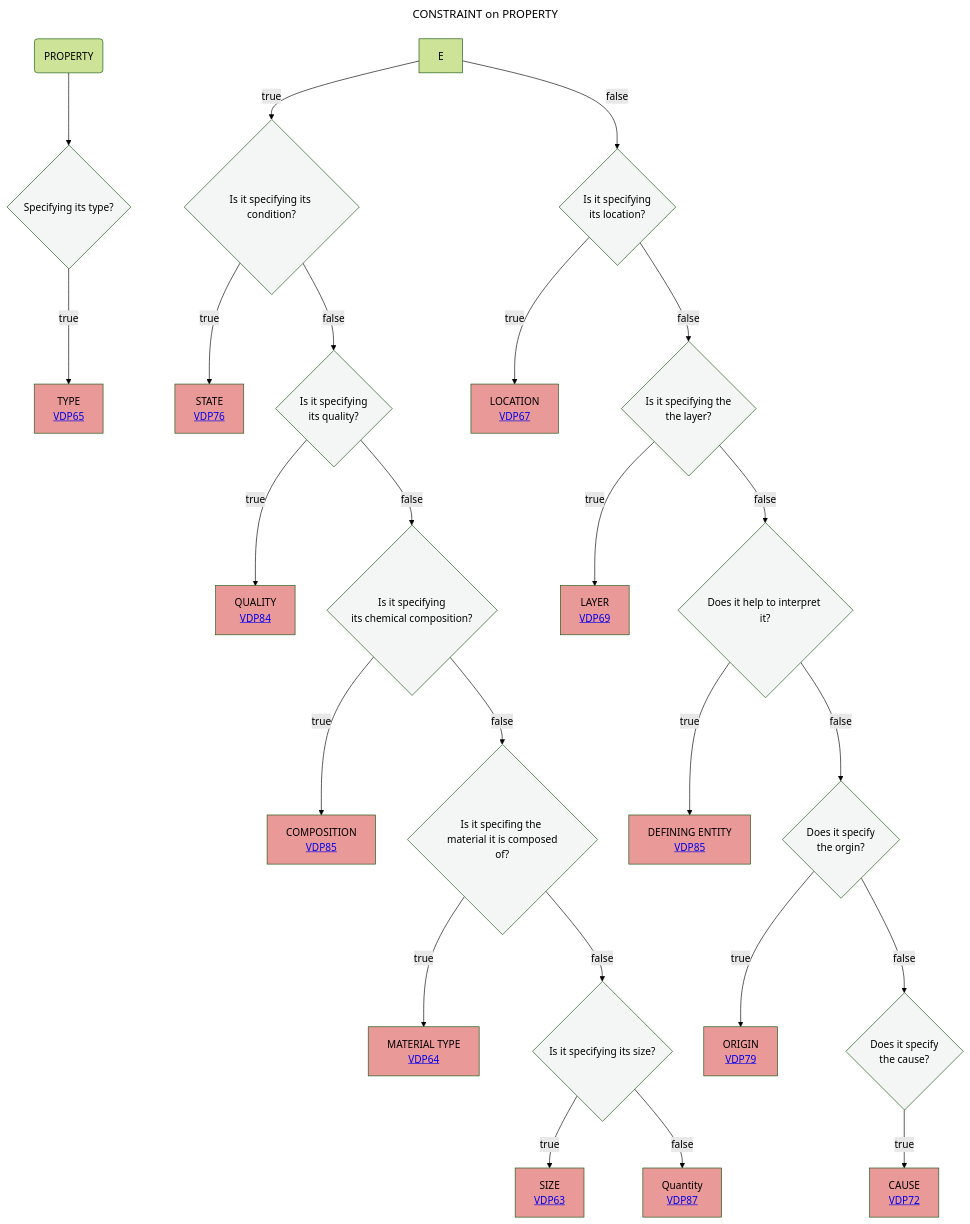
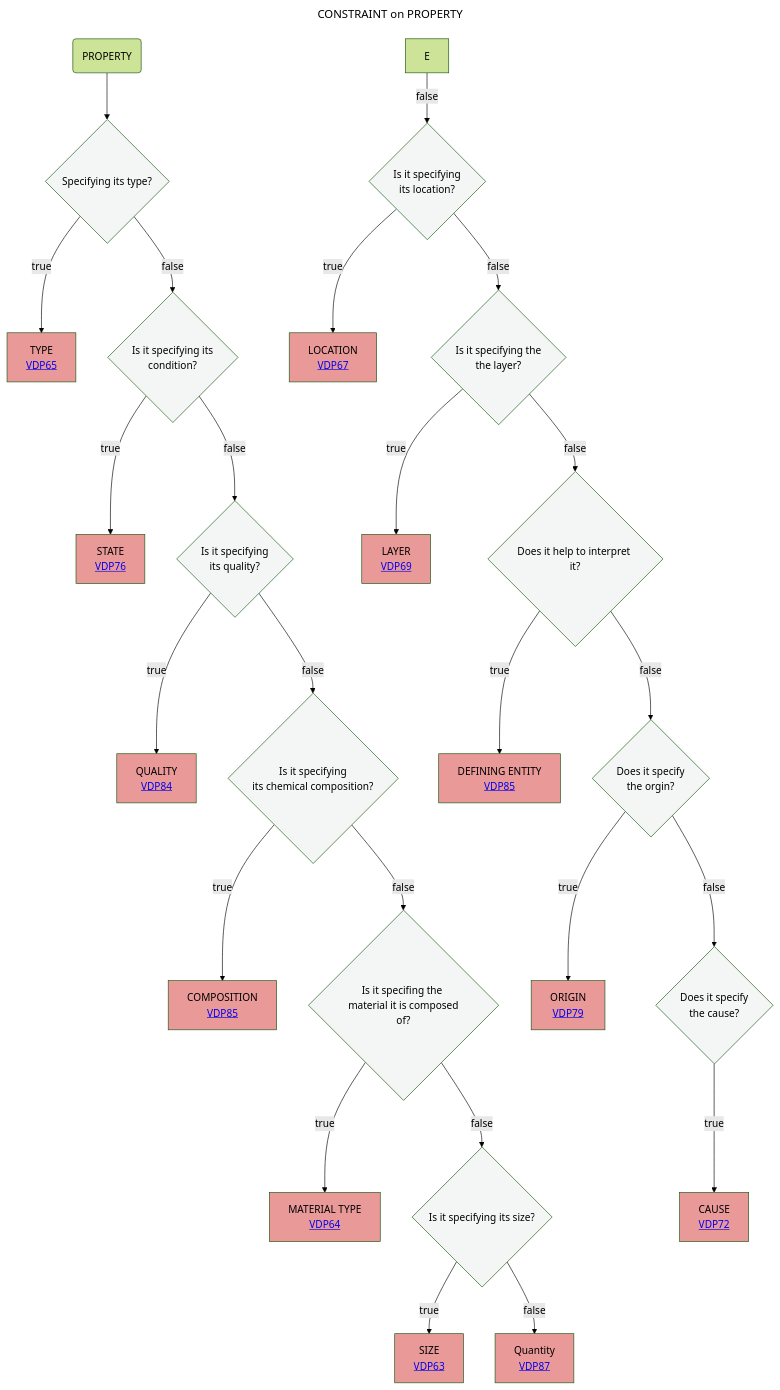
Before and after one commit to mabablue/I-ADOPT-patterns-playground: the diagram in Decisition_trees/DT9.mmd, drawn with Mermaid (forest theme).

```diff
--- a/Decisition_trees/DT9.mmd
+++ b/Decisition_trees/DT9.mmd
@@ -1,32 +1,32 @@
 ---
 title: CONSTRAINT on PROPERTY
 ---
 flowchart TD
     A(PROPERTY)  --> B{Specifying its type?}:::white
     B --> |true|C[TYPE <br> <a href='https://github.com/mabablue/I-ADOPT-patterns-playground/blob/main/pattern/VDP65.yaml'>VDP65</a>]:::rose
-    E --> |true|G{Is it specifying its condition?}:::white
+    B --> |false|G{Is it specifying its <br> condition?}:::white
     E --> |false|R{Is it specifying <br> its location?}:::white
     G --> |true|H[STATE <br> <a href='https://github.com/mabablue/I-ADOPT-patterns-playground/blob/main/pattern/VDP76.yaml'>VDP76</a>]:::rose
     G --> |false|I{Is it specifying <br> its quality?}:::white
     I --> |true|K[QUALITY <br> <a href='https://github.com/mabablue/I-ADOPT-patterns-playground/blob/main/pattern/VDP84.yaml'>VDP84</a>]:::rose
     I --> |false|L{Is it specifying <br> its chemical composition?}:::white
     L --> |true|M[COMPOSITION <br> <a href='https://github.com/mabablue/I-ADOPT-patterns-playground/blob/main/pattern/VDP85.yaml'>VDP85</a>]:::rose
     L --> |false|N{Is it specifing the <br> material it is composed of?}:::white
     N --> |true|O[MATERIAL TYPE <br> <a href='https://github.com/mabablue/I-ADOPT-patterns-playground/blob/main/pattern/VDP64.yaml'>VDP64</a>]:::rose
     N --> |false|P{Is it specifying its size?}:::white
     P --> |true|Q[SIZE <br> <a href='https://github.com/mabablue/I-ADOPT-patterns-playground/blob/main/pattern/VDP63.yaml'>VDP63</a>]:::rose
     P --> |false|QR[Quantity <br> <a href='https://github.com/mabablue/I-ADOPT-patterns-playground/blob/main/pattern/VDP87.yaml'>VDP87</a>]:::rose 
     R --> |true|S[LOCATION <br> <a href='https://github.com/mabablue/I-ADOPT-patterns-playground/blob/main/pattern/VDP67.yaml'>VDP67</a>]:::rose 
     R --> |false|T{Is it specifying the <br> the layer?}:::white
     T --> |true|U[LAYER <br> <a href='https://github.com/mabablue/I-ADOPT-patterns-playground/blob/main/pattern/VDP69.yaml'>VDP69</a>]:::rose
     T --> |false|V{Does it help to interpret it?}:::white
     V --> |true|W[DEFINING ENTITY <br> <a href='https://github.com/mabablue/I-ADOPT-patterns-playground/blob/main/pattern/VDP85.yaml'>VDP85</a>]:::rose
     V --> |false|VW{Does it specify <br> the orgin?}:::white
     VW --> |true|WV[ORIGIN <br> <a href='https://github.com/mabablue/I-ADOPT-patterns-playground/blob/main/pattern/VDP79.yaml'>VDP79</a>]:::rose
     VW --> |false|X{Does it specify <br> the cause?}:::white
     X --> |true|Y[CAUSE <br> <a href='https://github.com/mabablue/I-ADOPT-patterns-playground/blob/main/pattern/VDP72.yaml'>VDP72</a>]:::rose
    classDef blue fill:#90D5FF
    classDef satblue fill:#57B9FF 
    classDef white fill:#f3f6f4
    classDef green fill:#6aa84f
    classDef rose fill:#ea9999
```
